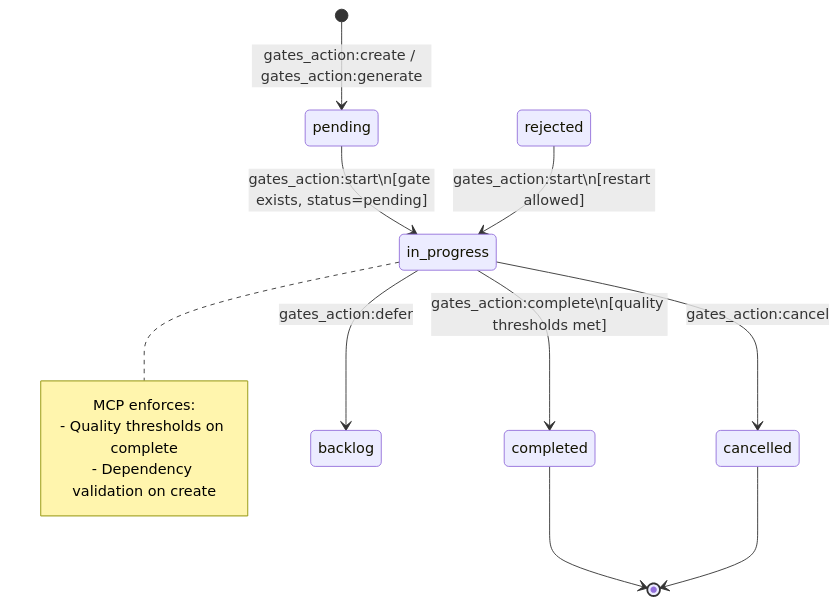
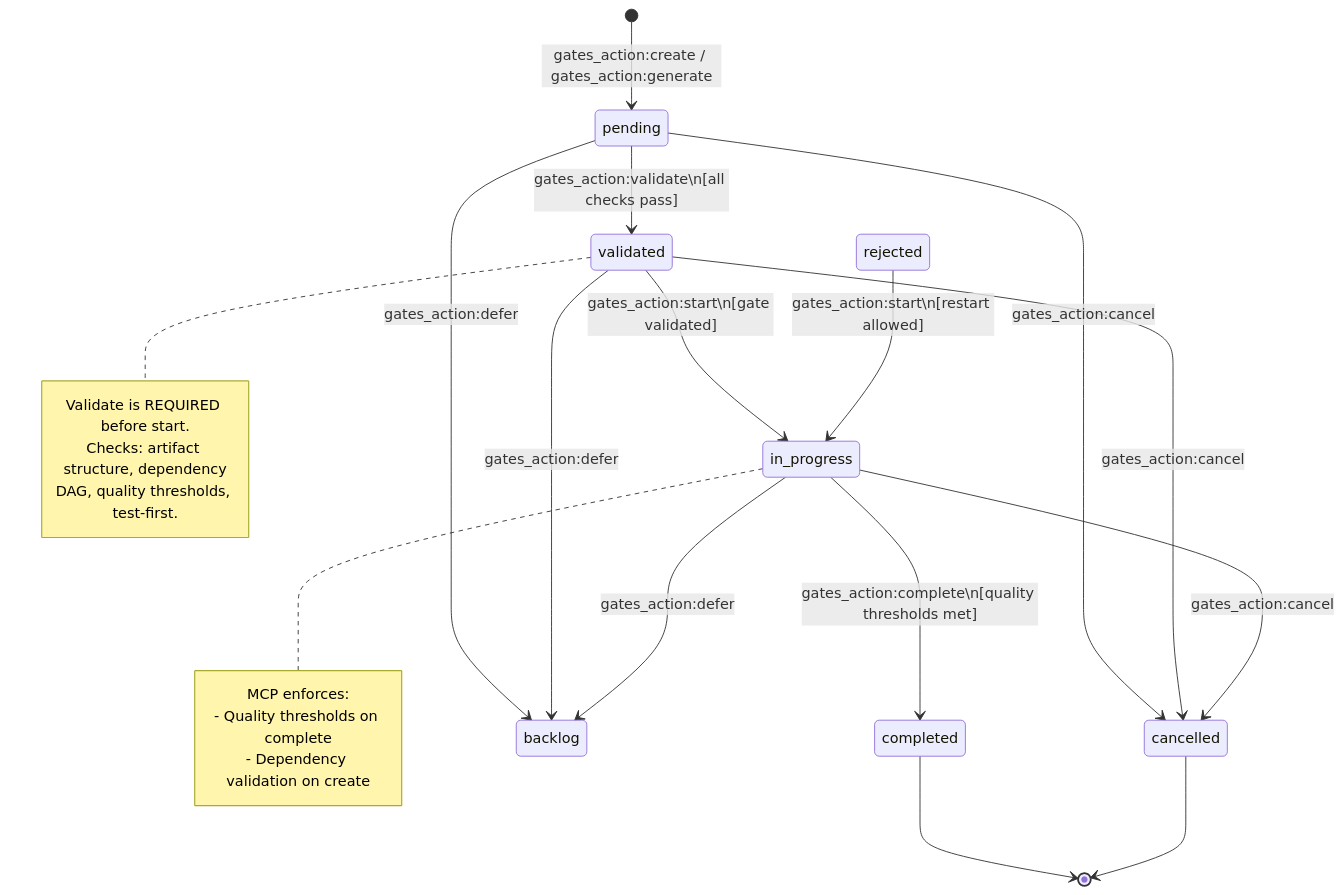
Before and after one commit to Duccci/Zenos-Planner: the first of 2 diagrams in zeno/architecture/mcp-workflows.md, drawn with Mermaid. The commit also changed other lines of this file and 44 other files, not shown here.

````diff
--- a/zeno/architecture/mcp-workflows.md
+++ b/zeno/architecture/mcp-workflows.md
@@ -21,17 +26,27 @@
 ```mermaid
 stateDiagram-v2
     [*] --> pending : gates_action:create / gates_action:generate
-    pending --> in_progress : gates_action:start\n[gate exists, status=pending]
+    pending --> validated : gates_action:validate\n[all checks pass]
+    pending --> cancelled : gates_action:cancel
+    pending --> backlog : gates_action:defer
+    validated --> in_progress : gates_action:start\n[gate validated]
+    validated --> cancelled : gates_action:cancel
+    validated --> backlog : gates_action:defer
     in_progress --> completed : gates_action:complete\n[quality thresholds met]
     in_progress --> cancelled : gates_action:cancel
     in_progress --> backlog : gates_action:defer
     rejected --> in_progress : gates_action:start\n[restart allowed]
     completed --> [*]
     cancelled --> [*]
 
+    note right of validated
+        Validate is REQUIRED before start.
+        Checks: artifact structure, dependency
+        DAG, quality thresholds, test-first.
+    end note
     note right of in_progress
         MCP enforces:
         - Quality thresholds on complete
         - Dependency validation on create
     end note
 ```
````
